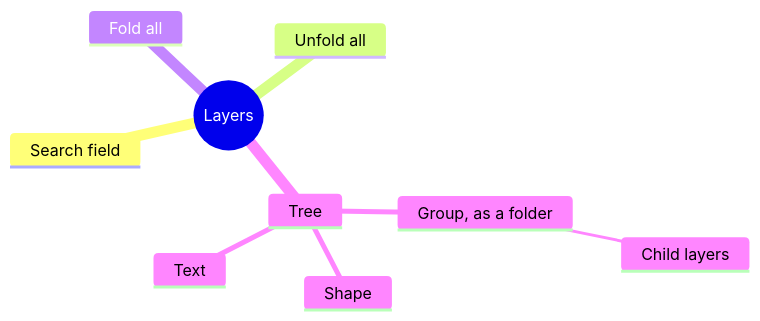
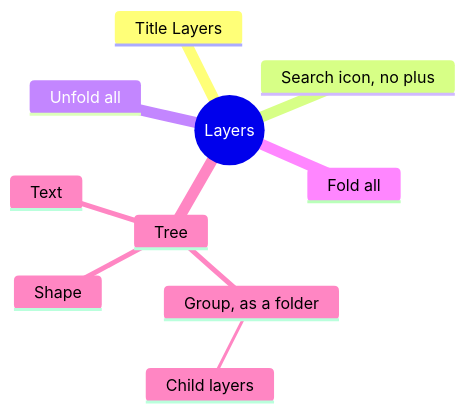
One commit to AlexandreGallais/synoptic-studio-spec changed the diagram in symbols/03-editor/layers.md. Above: the diagram before and after it, drawn with Mermaid. The commit also changed other lines of this file and 4 other files, not shown here.

First line of the commit message:
docs(symbols): search icons on list titles and an icon modes menu

````diff
--- a/symbols/03-editor/layers.md
+++ b/symbols/03-editor/layers.md
@@ -18,12 +19,13 @@
 ```mermaid
 mindmap
   root((Layers))
-    Search field
+    Title Layers
+    Search icon, no plus
     Unfold all
     Fold all
     Tree
       Group, as a folder
         Child layers
       Shape
       Text
 ```
````
